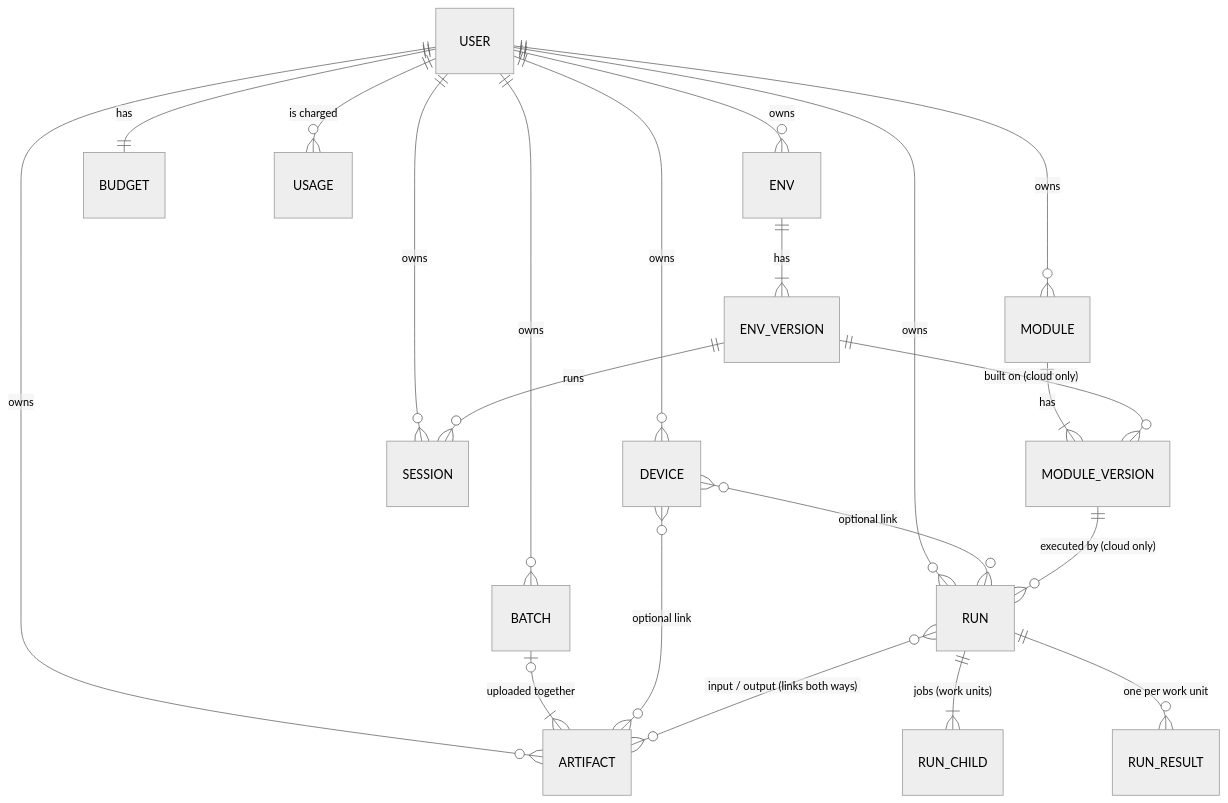
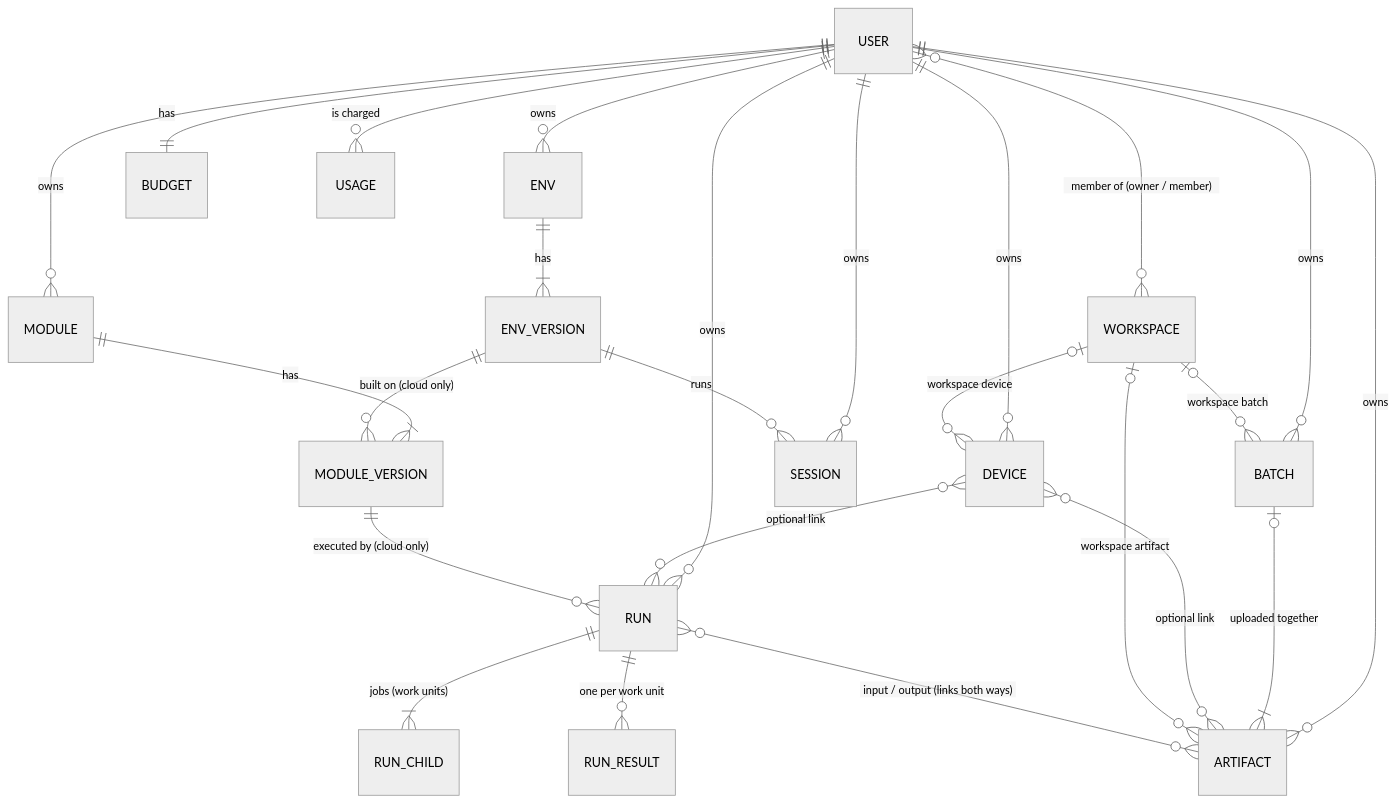
One commit to NathanMal04/Healthcare-IoT-Testbed changed the diagram in Platform/infra/DATABASE.md. Above: the diagram before and after it, drawn with Mermaid (neutral theme). The commit also changed other lines of this file and 37 other files, not shown here.

````diff
--- a/Platform/infra/DATABASE.md
+++ b/Platform/infra/DATABASE.md
@@ -236,23 +308,27 @@
 ```mermaid
 erDiagram
     USER ||--o{ DEVICE : owns
     USER ||--o{ ARTIFACT : owns
     USER ||--o{ BATCH : owns
     BATCH |o--|{ ARTIFACT : "uploaded together"
     USER ||--o{ MODULE : owns
     USER ||--o{ ENV : owns
     USER ||--o{ RUN : owns
     USER ||--o{ SESSION : owns
     USER ||--|| BUDGET : has
     USER ||--o{ USAGE : "is charged"
+    USER }o--o{ WORKSPACE : "member of (owner / member)"
+    WORKSPACE |o--o{ DEVICE : "workspace device"
     DEVICE }o--o{ ARTIFACT : "optional link"
+    WORKSPACE |o--o{ ARTIFACT : "workspace artifact"
+    WORKSPACE |o--o{ BATCH : "workspace batch"
     DEVICE }o--o{ RUN : "optional link"
     MODULE ||--|{ MODULE_VERSION : has
     ENV ||--|{ ENV_VERSION : has
     ENV_VERSION ||--o{ MODULE_VERSION : "built on (cloud only)"
     ENV_VERSION ||--o{ SESSION : "runs"
     MODULE_VERSION ||--o{ RUN : "executed by (cloud only)"
     RUN ||--|{ RUN_CHILD : "jobs (work units)"
     RUN ||--o{ RUN_RESULT : "one per work unit"
     RUN }o--o{ ARTIFACT : "input / output (links both ways)"
 ```
````
